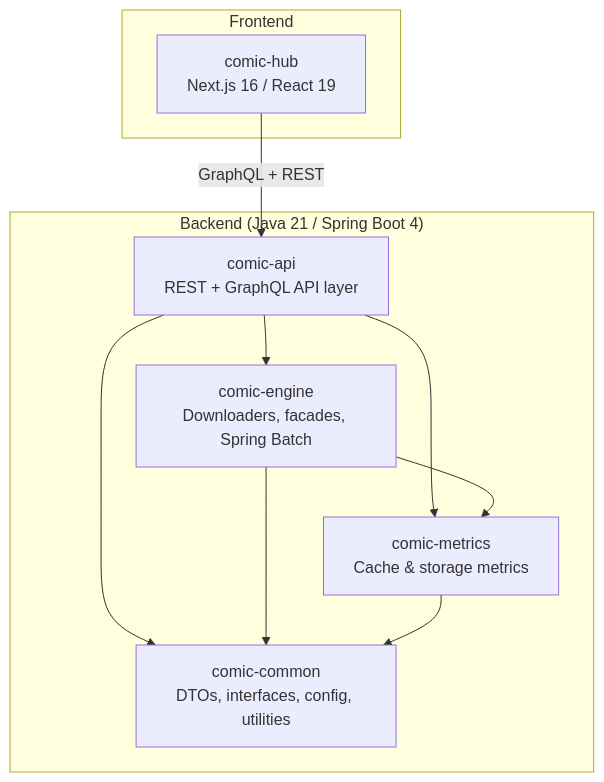
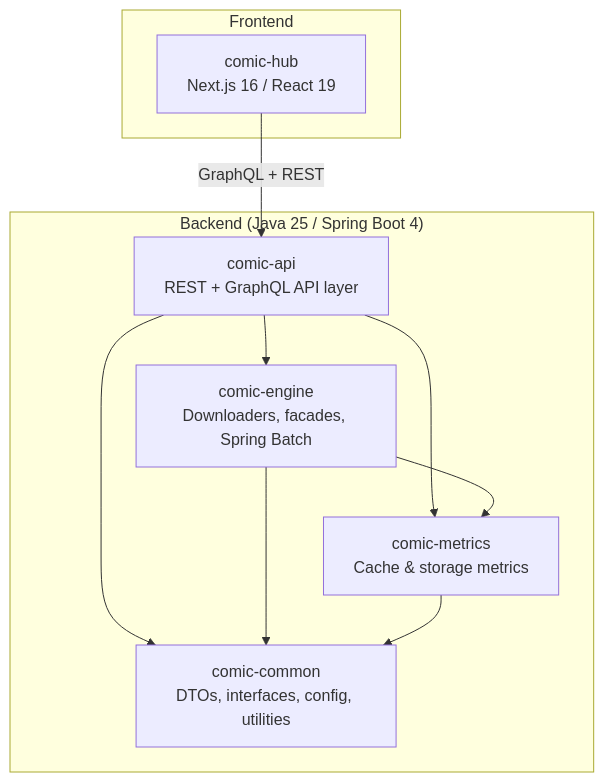
The first of 2 diagrams in CLAUDE.md (KKDad/ComicCacher), drawn with Mermaid before and after one commit. The commit also changed 9 other files, not shown here.

First line of the commit message:
Build on Java 25 and take the Spring Boot BOM from the plugin version

````diff
--- a/CLAUDE.md
+++ b/CLAUDE.md
@@ -9,21 +9,21 @@
 ```mermaid
 graph TD
-    subgraph Backend ["Backend (Java 21 / Spring Boot 4)"]
+    subgraph Backend ["Backend (Java 25 / Spring Boot 4)"]
         COMMON["comic-common<br/>DTOs, interfaces, config, utilities"]
         METRICS["comic-metrics<br/>Cache & storage metrics"]
         ENGINE["comic-engine<br/>Downloaders, facades, Spring Batch"]
         API["comic-api<br/>REST + GraphQL API layer"]
     end
 
     subgraph Frontend
         HUB["comic-hub<br/>Next.js 16 / React 19"]
     end
 
     API --> ENGINE
     API --> METRICS
     API --> COMMON
     ENGINE --> METRICS
     ENGINE --> COMMON
     METRICS --> COMMON
     HUB -->|GraphQL + REST| API
 ```
````
